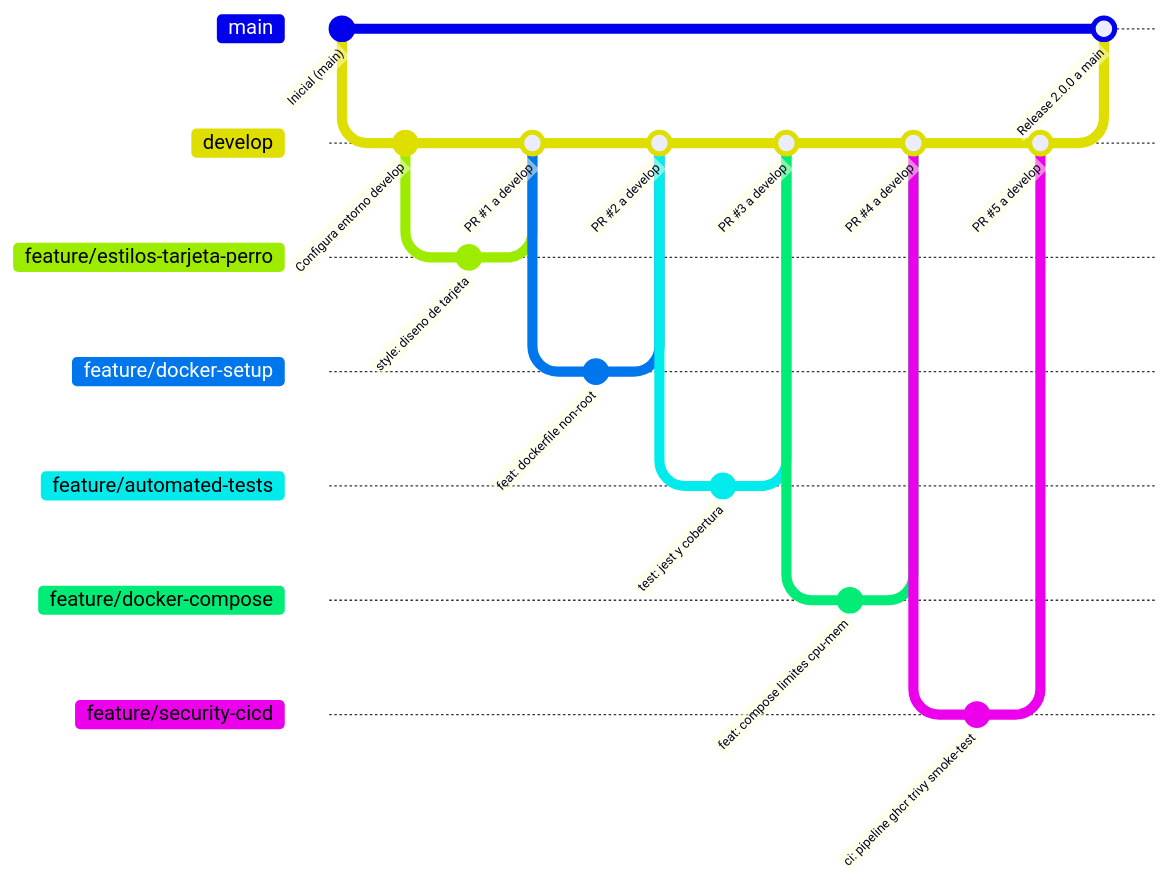
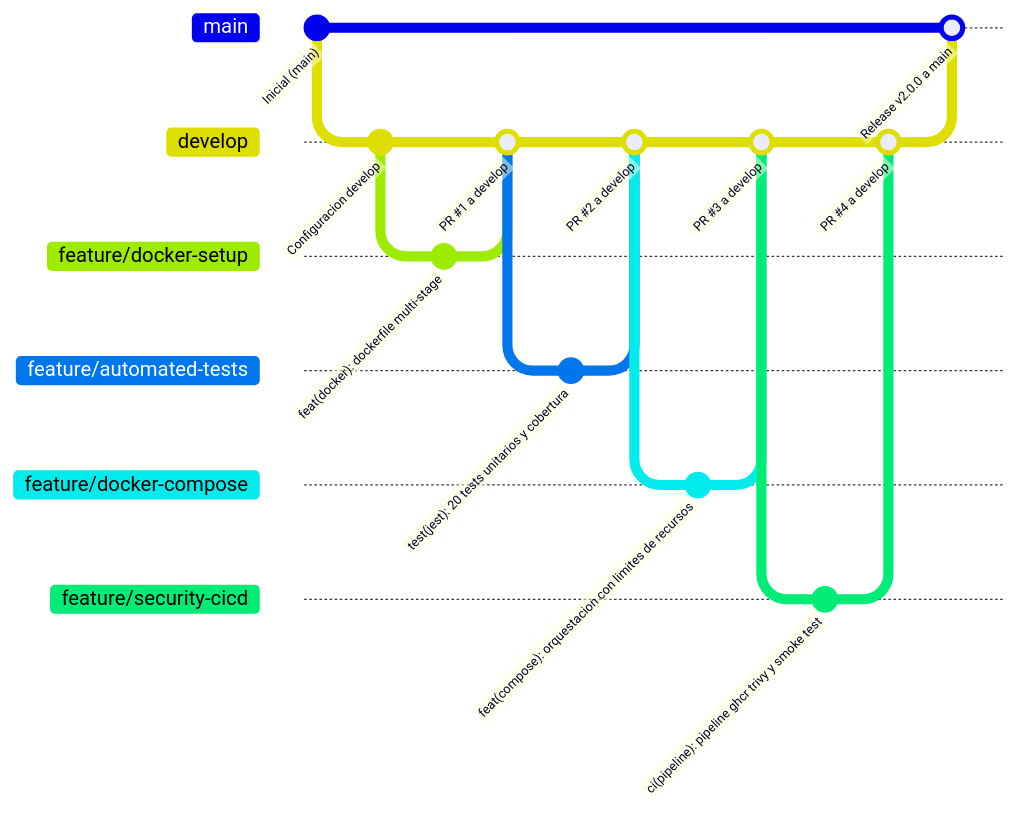
The third of 3 diagrams in README.md (Shiroasd/evaluacion-devops-002D), drawn with Mermaid before and after one commit. The commit also changed other lines of this file and 6 other files, not shown here.

````diff
--- a/README.md
+++ b/README.md
@@ -63,34 +311,29 @@
 ```mermaid
 gitGraph
     commit id: "Inicial (main)"
     branch develop
     checkout develop
-    commit id: "Configura entorno develop"
-    branch feature/estilos-tarjeta-perro
-    checkout feature/estilos-tarjeta-perro
-    commit id: "style: diseno de tarjeta"
-    checkout develop
-    merge feature/estilos-tarjeta-perro id: "PR #1 a develop"
+    commit id: "Configuracion develop"
     branch feature/docker-setup
     checkout feature/docker-setup
-    commit id: "feat: dockerfile non-root"
+    commit id: "feat(docker): dockerfile multi-stage"
     checkout develop
-    merge feature/docker-setup id: "PR #2 a develop"
+    merge feature/docker-setup id: "PR #1 a develop"
     branch feature/automated-tests
     checkout feature/automated-tests
-    commit id: "test: jest y cobertura"
+    commit id: "test(jest): 20 tests unitarios y cobertura"
     checkout develop
-    merge feature/automated-tests id: "PR #3 a develop"
+    merge feature/automated-tests id: "PR #2 a develop"
     branch feature/docker-compose
     checkout feature/docker-compose
-    commit id: "feat: compose limites cpu-mem"
+    commit id: "feat(compose): orquestacion con limites de recursos"
     checkout develop
-    merge feature/docker-compose id: "PR #4 a develop"
+    merge feature/docker-compose id: "PR #3 a develop"
     branch feature/security-cicd
     checkout feature/security-cicd
-    commit id: "ci: pipeline ghcr trivy smoke-test"
+    commit id: "ci(pipeline): pipeline ghcr trivy y smoke test"
     checkout develop
-    merge feature/security-cicd id: "PR #5 a develop"
+    merge feature/security-cicd id: "PR #4 a develop"
     checkout main
-    merge develop id: "Release 2.0.0 a main"
+    merge develop id: "Release v2.0.0 a main"
 ```
````
